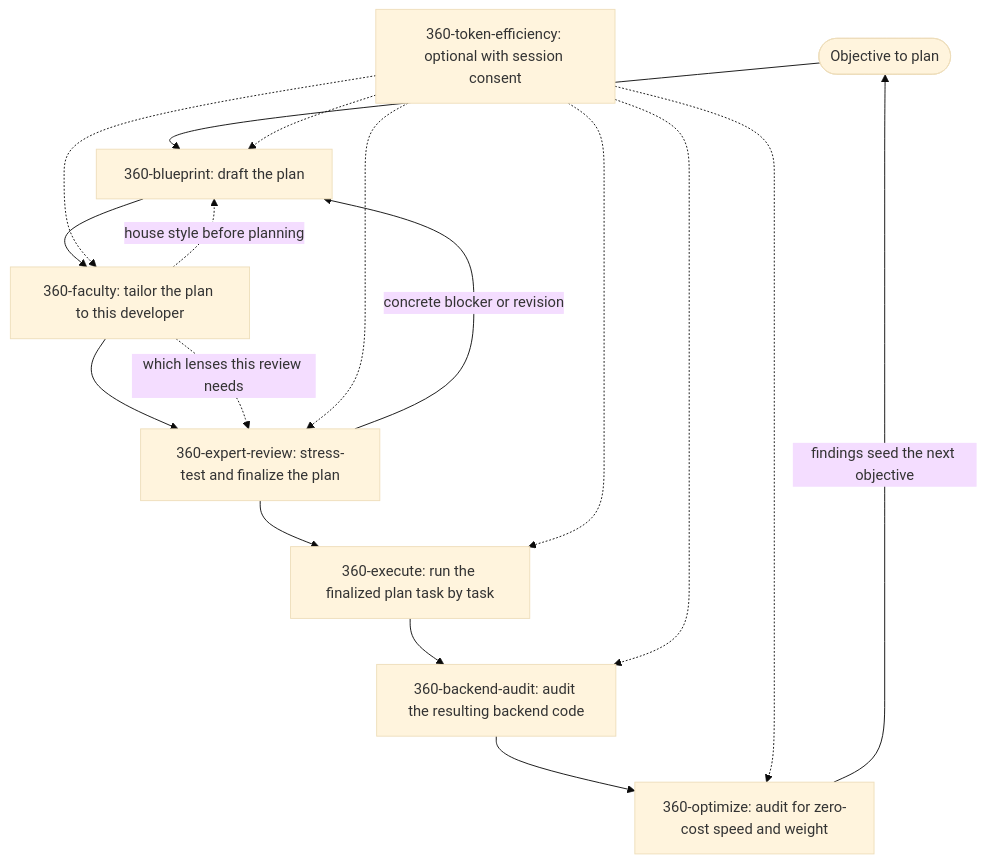
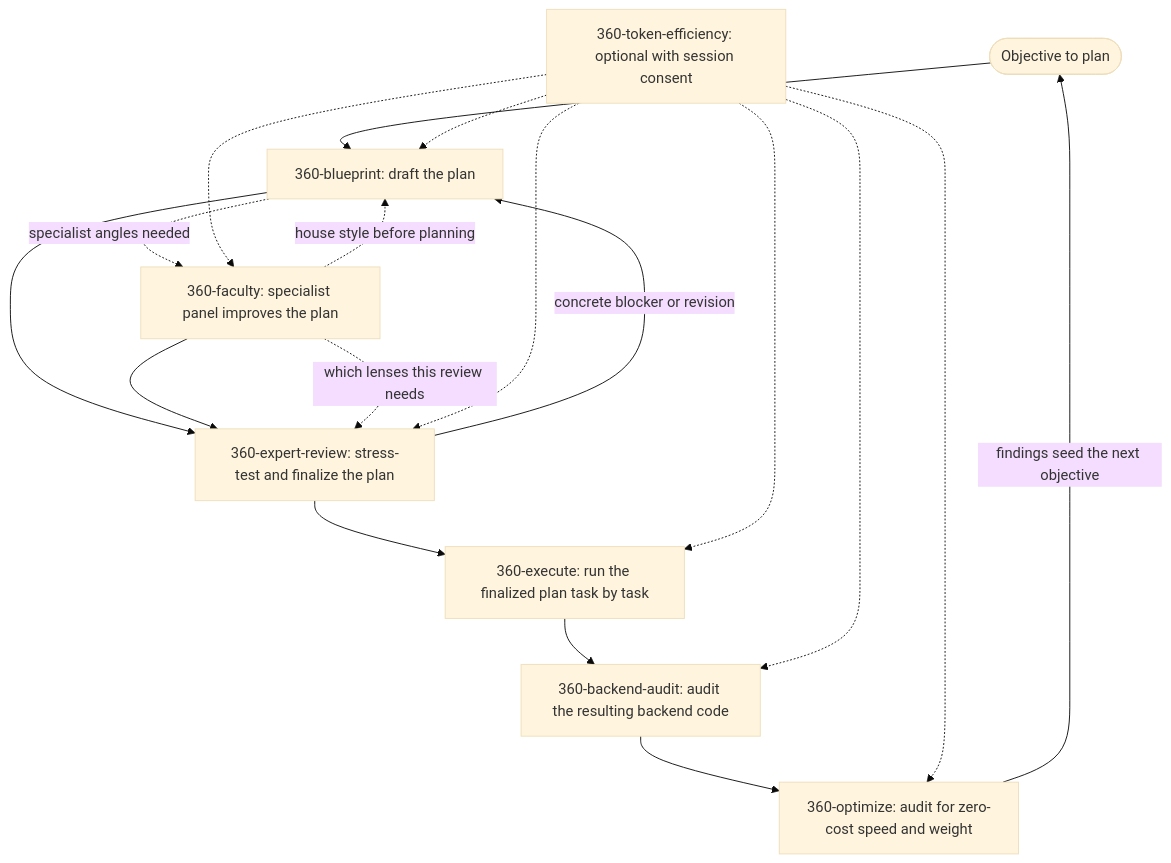
One commit to shahabahreini/360-skills changed the diagram in README.md. Above: the diagram before and after it, drawn with Mermaid (base theme). The commit also changed other lines of this file and 16 other files, not shown here.

First line of the commit message:
refactor(skills): align faculty, review, and briefings across the skill set

````diff
--- a/README.md
+++ b/README.md
@@ -77,21 +77,22 @@
 ```mermaid
 flowchart TD
     Objective([Objective to plan]) --> Blueprint["360-blueprint: draft the plan"]
-    Blueprint --> Faculty["360-faculty: tailor the plan to this developer"]
-    Faculty --> Review["360-expert-review: stress-test and finalize the plan"]
+    Blueprint --> Review["360-expert-review: stress-test and finalize the plan"]
+    Blueprint -.->|specialist angles needed| Faculty["360-faculty: specialist panel improves the plan"]
+    Faculty --> Review
     Review -->|concrete blocker or revision| Blueprint
     Review --> Execute["360-execute: run the finalized plan task by task"]
     Execute --> Audit["360-backend-audit: audit the resulting backend code"]
     Audit --> Optimize["360-optimize: audit for zero-cost speed and weight"]
     Optimize -->|findings seed the next objective| Objective
 
     Faculty -.->|house style before planning| Blueprint
     Faculty -.->|which lenses this review needs| Review
 
     Efficiency["360-token-efficiency: optional with session consent"] -.-> Blueprint
     Efficiency -.-> Faculty
     Efficiency -.-> Review
     Efficiency -.-> Execute
     Efficiency -.-> Audit
     Efficiency -.-> Optimize
 ```
````
